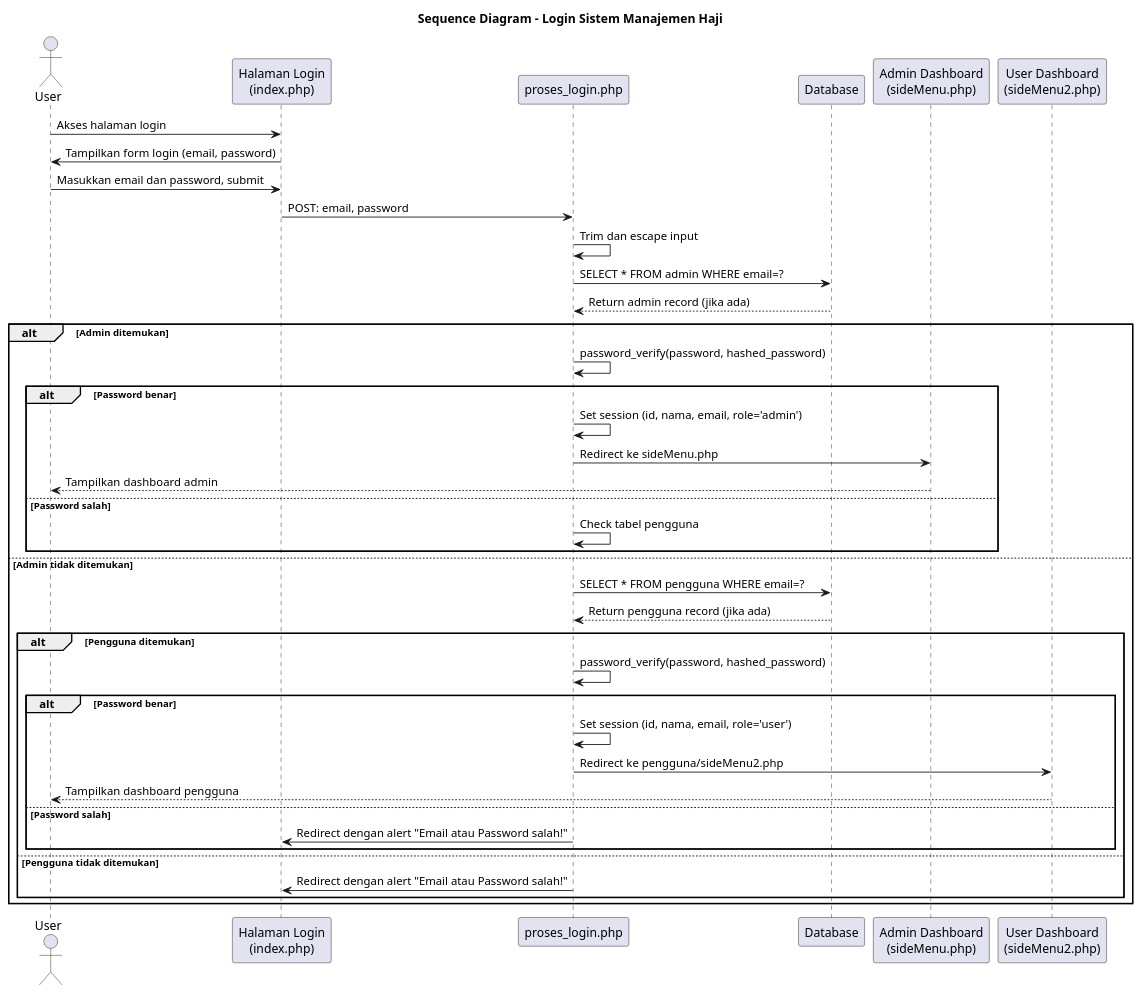
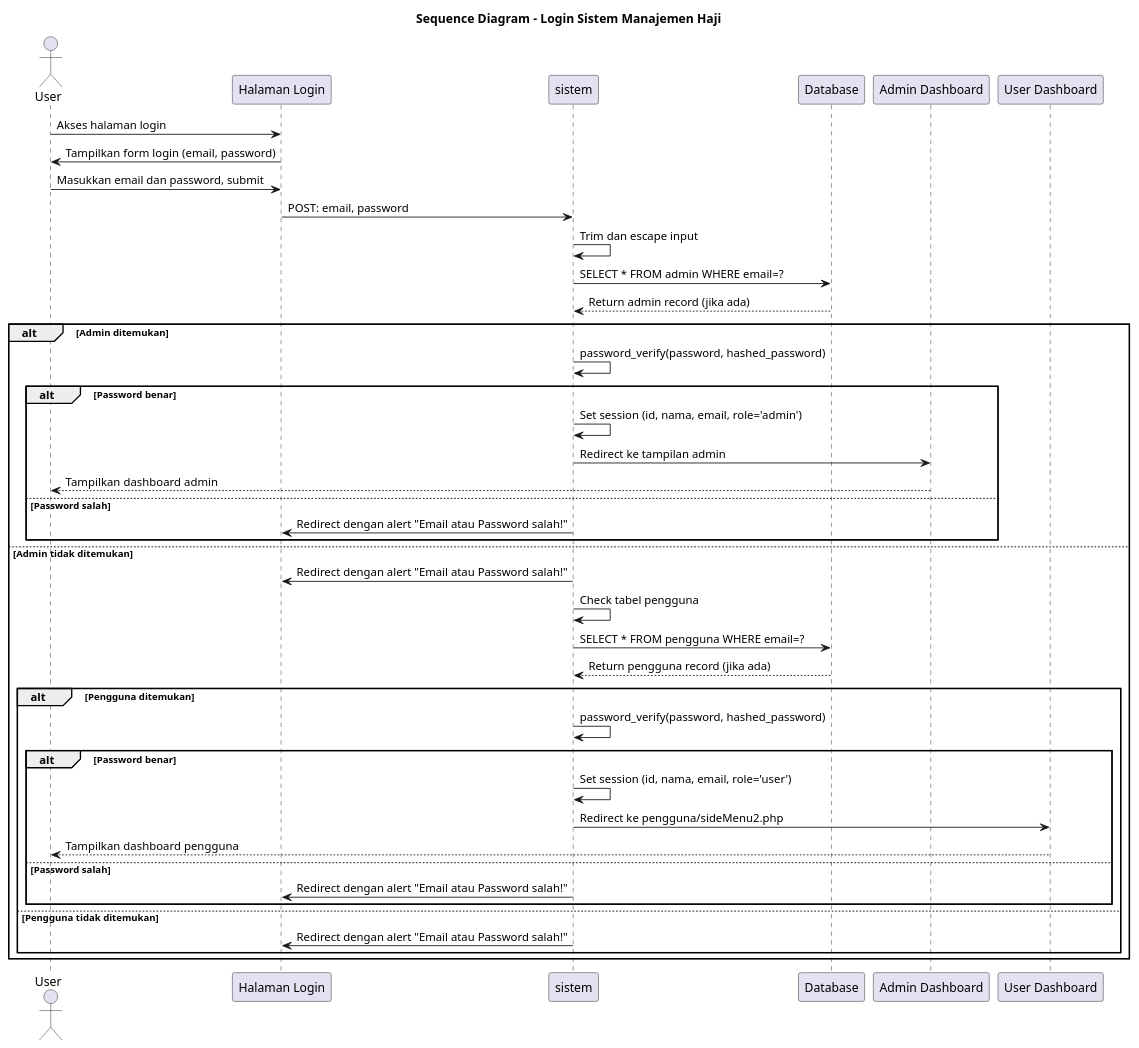
The diagram in komponen/sequence_diagram_login.puml (fauzirahayu/uzicom), drawn with PlantUML before and after one commit. The commit also changed 6 other files, not shown here.

```diff
--- a/komponen/sequence_diagram_login.puml
+++ b/komponen/sequence_diagram_login.puml
@@ -1,52 +1,54 @@
 @startuml Sequence Diagram Login
 
 title Sequence Diagram - Login Sistem Manajemen Haji
 
 actor User
-participant "Halaman Login\n(index.php)" as LoginPage
-participant "proses_login.php" as LoginProcess
+participant "Halaman Login" as LoginPage
+participant "sistem" as LoginProcess
 participant "Database" as DB
-participant "Admin Dashboard\n(sideMenu.php)" as AdminDash
-participant "User Dashboard\n(sideMenu2.php)" as UserDash
+participant "Admin Dashboard" as AdminDash
+participant "User Dashboard" as UserDash
 
 User -> LoginPage: Akses halaman login
 LoginPage -> User: Tampilkan form login (email, password)
 
 User -> LoginPage: Masukkan email dan password, submit
 LoginPage -> LoginProcess: POST: email, password
 
 LoginProcess -> LoginProcess: Trim dan escape input
 
 LoginProcess -> DB: SELECT * FROM admin WHERE email=?
 DB --> LoginProcess: Return admin record (jika ada)
 
 alt Admin ditemukan
     LoginProcess -> LoginProcess: password_verify(password, hashed_password)
     
     alt Password benar
         LoginProcess -> LoginProcess: Set session (id, nama, email, role='admin')
-        LoginProcess -> AdminDash: Redirect ke sideMenu.php
+        LoginProcess -> AdminDash: Redirect ke tampilan admin
         AdminDash --> User: Tampilkan dashboard admin
     else Password salah
-        LoginProcess -> LoginProcess: Check tabel pengguna
+LoginProcess -> LoginPage: Redirect dengan alert "Email atau Password salah!"
     end
 else Admin tidak ditemukan
+LoginProcess -> LoginPage: Redirect dengan alert "Email atau Password salah!"
+LoginProcess -> LoginProcess: Check tabel pengguna
     LoginProcess -> DB: SELECT * FROM pengguna WHERE email=?
     DB --> LoginProcess: Return pengguna record (jika ada)
     
     alt Pengguna ditemukan
         LoginProcess -> LoginProcess: password_verify(password, hashed_password)
         
         alt Password benar
             LoginProcess -> LoginProcess: Set session (id, nama, email, role='user')
             LoginProcess -> UserDash: Redirect ke pengguna/sideMenu2.php
             UserDash --> User: Tampilkan dashboard pengguna
         else Password salah
             LoginProcess -> LoginPage: Redirect dengan alert "Email atau Password salah!"
         end
     else Pengguna tidak ditemukan
         LoginProcess -> LoginPage: Redirect dengan alert "Email atau Password salah!"
     end
 end
 
 @enduml
```
